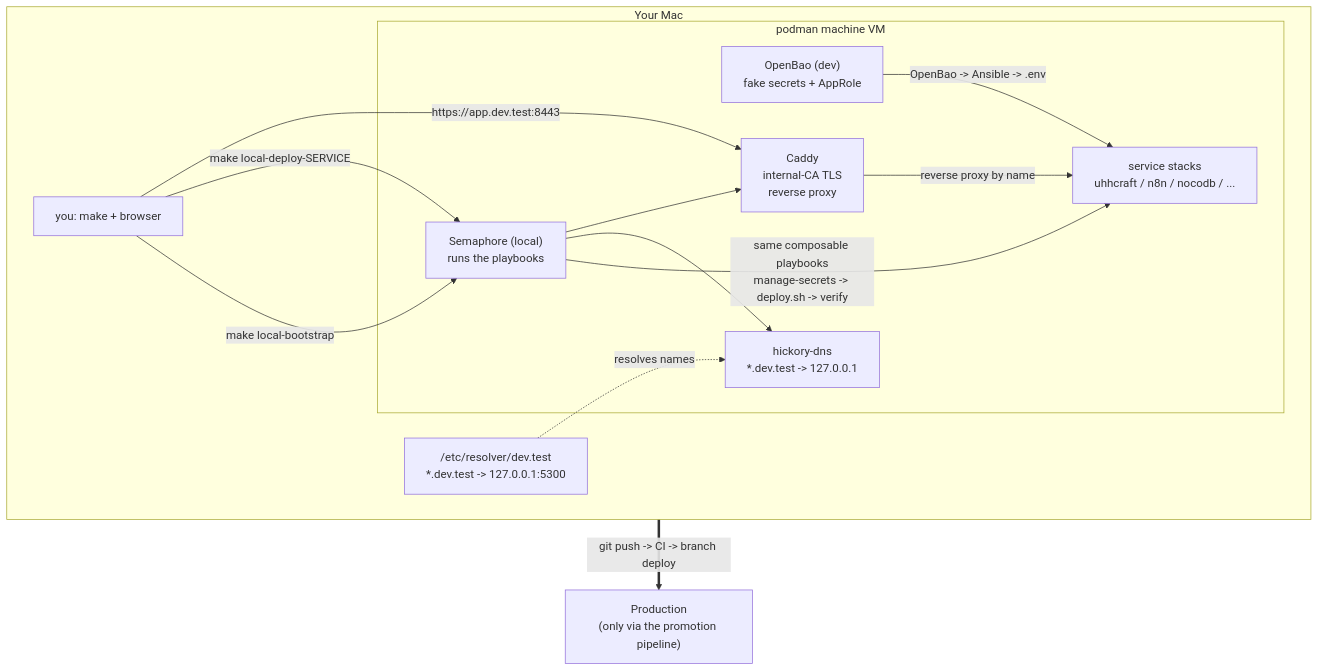
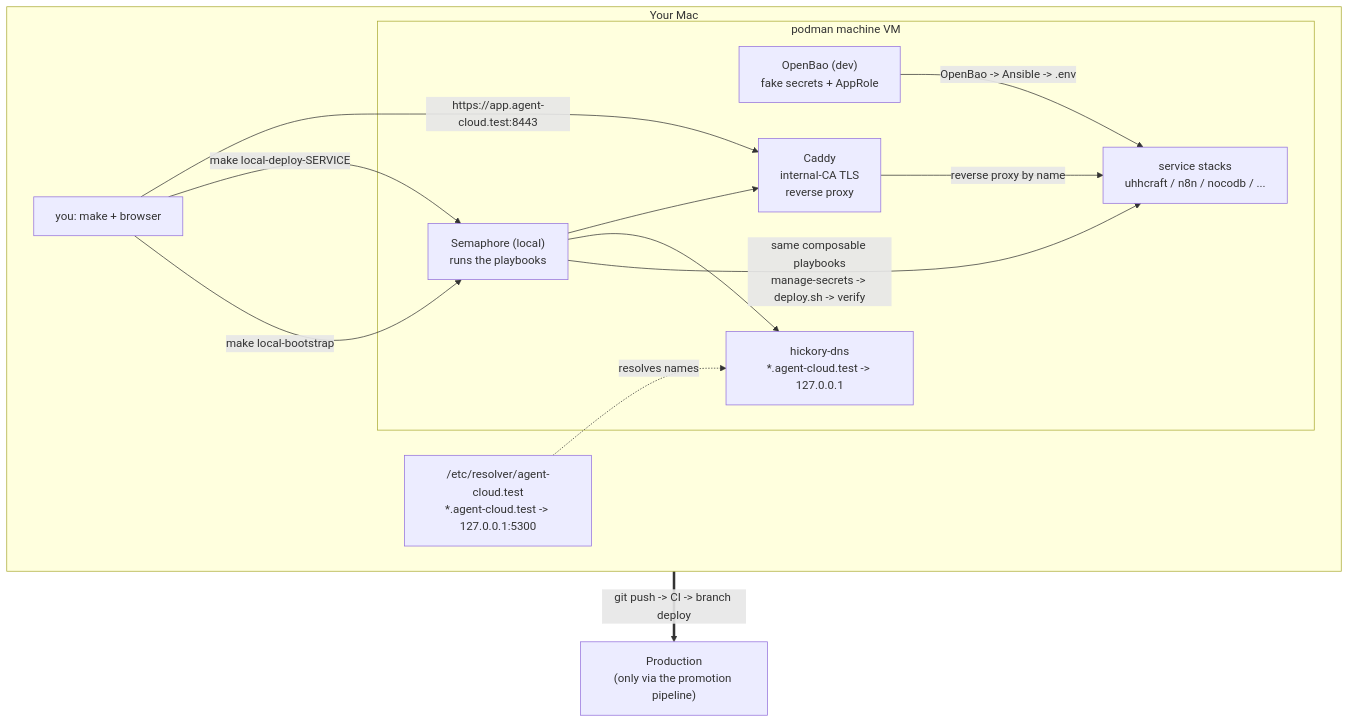
The first of 3 diagrams in LOCAL-DEV-README.md (uhstray-io/agent-cloud), drawn with Mermaid before and after one commit. The commit also changed other lines of this file and 21 other files, not shown here.

````diff
--- a/LOCAL-DEV-README.md
+++ b/LOCAL-DEV-README.md
@@ -26,26 +26,26 @@
 ```mermaid
 flowchart TB
   subgraph mac["Your Mac"]
     DEV["you: make + browser"]
-    RES["/etc/resolver/dev.test<br/>*.dev.test -> 127.0.0.1:5300"]
+    RES["/etc/resolver/agent-cloud.test<br/>*.agent-cloud.test -> 127.0.0.1:5300"]
     subgraph vm["podman machine VM"]
       BAO["OpenBao (dev)<br/>fake secrets + AppRole"]
       SEM["Semaphore (local)<br/>runs the playbooks"]
-      DNS["hickory-dns<br/>*.dev.test -> 127.0.0.1"]
+      DNS["hickory-dns<br/>*.agent-cloud.test -> 127.0.0.1"]
       CAD["Caddy<br/>internal-CA TLS<br/>reverse proxy"]
       SVC["service stacks<br/>uhhcraft / n8n / nocodb / ..."]
     end
   end
   PROD["Production<br/>(only via the promotion pipeline)"]
 
   DEV -->|make local-bootstrap| SEM
   DEV -->|make local-deploy-SERVICE| SEM
   SEM -->|"same composable playbooks<br/>manage-secrets -> deploy.sh -> verify"| SVC
   SEM --> DNS
   SEM --> CAD
   BAO -->|"OpenBao -> Ansible -> .env"| SVC
-  DEV -->|"https://app.dev.test:8443"| CAD
+  DEV -->|"https://app.agent-cloud.test:8443"| CAD
   RES -.resolves names.-> DNS
   CAD -->|reverse proxy by name| SVC
   mac ==>|git push -> CI -> branch deploy| PROD
 ```
````
